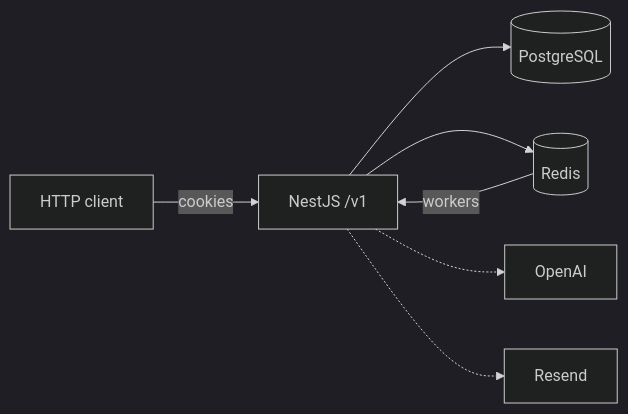
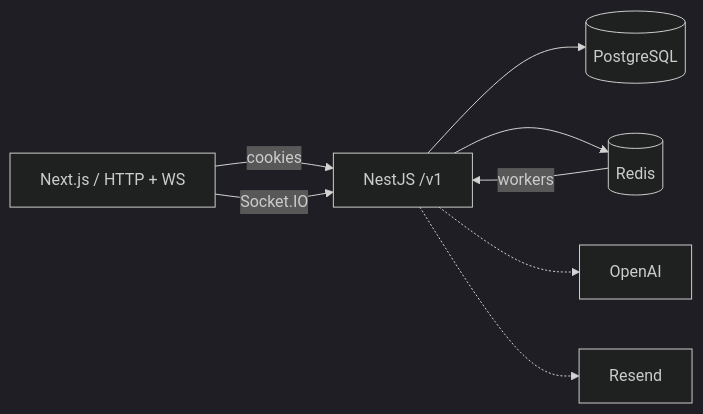
One commit to jaruszewski-dev/mental-journal changed the first of 4 diagrams in apps/api/README.md. Above: the diagram before and after it, drawn with Mermaid (dark theme). The commit also changed other lines of this file and 3 other files, not shown here.

````diff
--- a/apps/api/README.md
+++ b/apps/api/README.md
@@ -26,16 +28,17 @@
 ```mermaid
 flowchart LR
-  Client["HTTP client"]
+  Client["Next.js / HTTP + WS"]
   API["NestJS /v1"]
   PG[(PostgreSQL)]
   Redis[(Redis)]
   OpenAI[OpenAI]
   Resend[Resend]
 
   Client -->|cookies| API
+  Client -->|Socket.IO| API
   API --> PG
   API --> Redis
   Redis -->|workers| API
   API -.-> OpenAI
   API -.-> Resend
 ```
````
